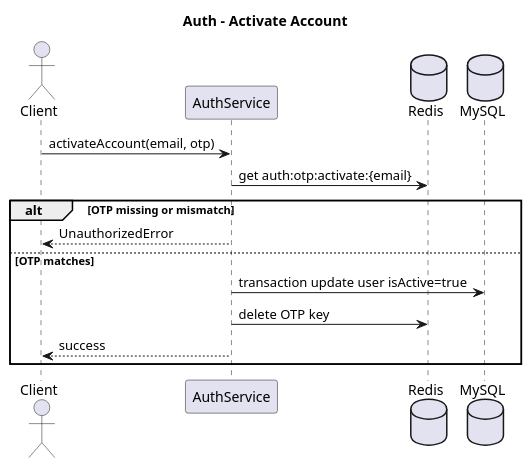
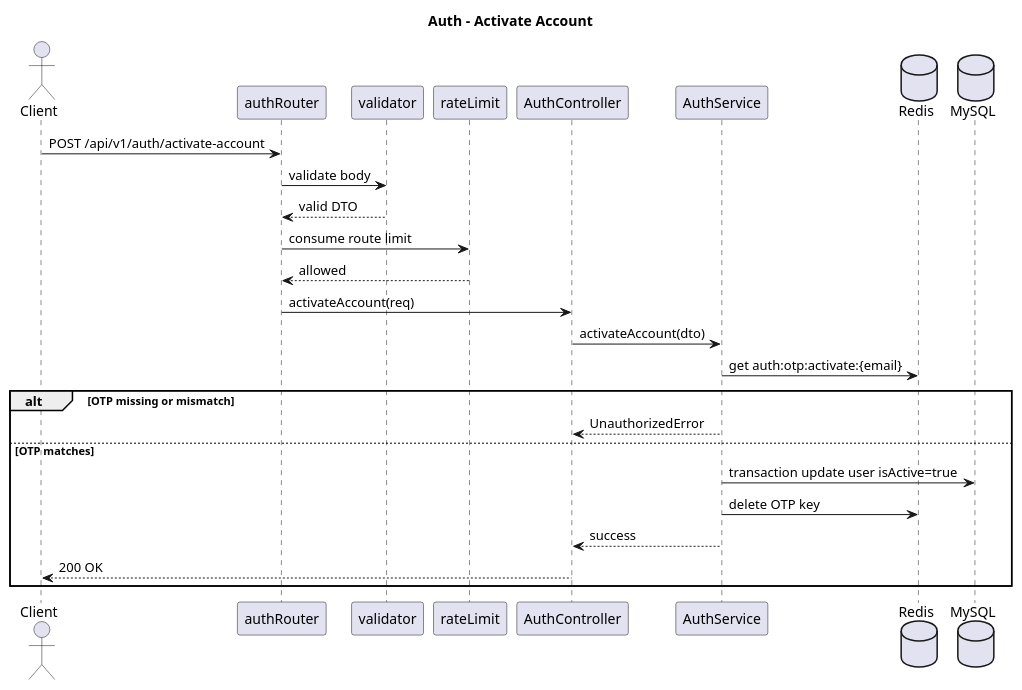
The third of 9 diagrams in docs/202605061020-auth-user-use-cases.md (sy-nt/CNPMM_BE), drawn with PlantUML before and after one commit. The commit also changed other lines of this file and 9 other files, not shown here.

````diff
--- a/docs/202605061020-auth-user-use-cases.md
+++ b/docs/202605061020-auth-user-use-cases.md
@@ -142,21 +150,32 @@
 ```plantuml
 @startuml
 title Auth - Activate Account
 
 actor Client
+participant "authRouter" as Router
+participant "validator" as Validator
+participant "rateLimit" as RateLimit
+participant "AuthController" as Controller
 participant "AuthService" as Service
 database "Redis" as Redis
 database "MySQL" as DB
 
-Client -> Service: activateAccount(email, otp)
+Client -> Router: POST /api/v1/auth/activate-account
+Router -> Validator: validate body
+Validator --> Router: valid DTO
+Router -> RateLimit: consume route limit
+RateLimit --> Router: allowed
+Router -> Controller: activateAccount(req)
+Controller -> Service: activateAccount(dto)
 Service -> Redis: get auth:otp:activate:{email}
 alt OTP missing or mismatch
-    Service --> Client: UnauthorizedError
+    Service --> Controller: UnauthorizedError
 else OTP matches
     Service -> DB: transaction update user isActive=true
     Service -> Redis: delete OTP key
-    Service --> Client: success
+    Service --> Controller: success
+    Controller --> Client: 200 OK
 end
 
 @enduml
 ```
````
